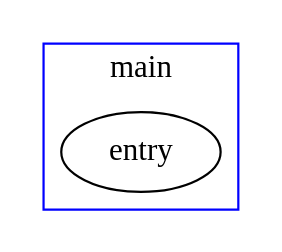
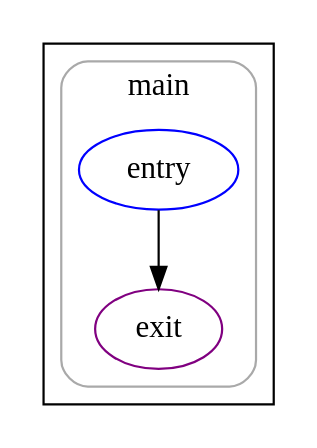
Before and after one commit to UnsignedByte/6120: the diagram in playground/simple.cfg.dot, drawn with Graphviz. The commit also changed 38 other files, not shown here.

Commit message:
add call graph visualization

```diff
--- a/playground/simple.cfg.dot
+++ b/playground/simple.cfg.dot
@@ -1,7 +1,14 @@
 strict digraph G {
+  compound=true
   subgraph cluster_0 {
-    label="main"
-    color=blue
-    subgraph_0_node_0[label="entry",shape=oval]
+    subgraph cluster_0_0 {
+      label="main"
+      color=darkgray
+      style=rounded
+      fillcolor=lightgray
+      cluster_0_0_0[label="entry",shape=oval,color=blue,rank=source]
+      cluster_0_0_exit[label=exit,color=purple,rank=sink]
+      cluster_0_0_0 -> cluster_0_0_exit [color=black]
+    }
   }
 }
```
